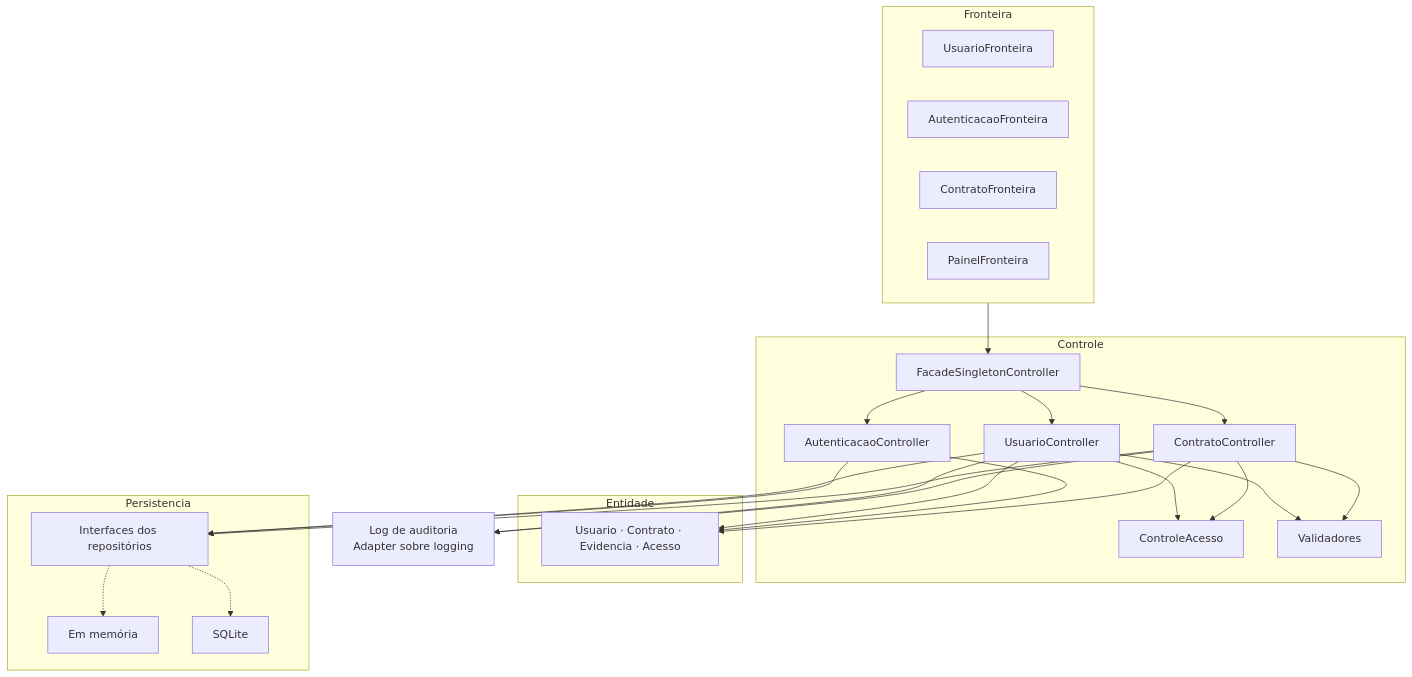
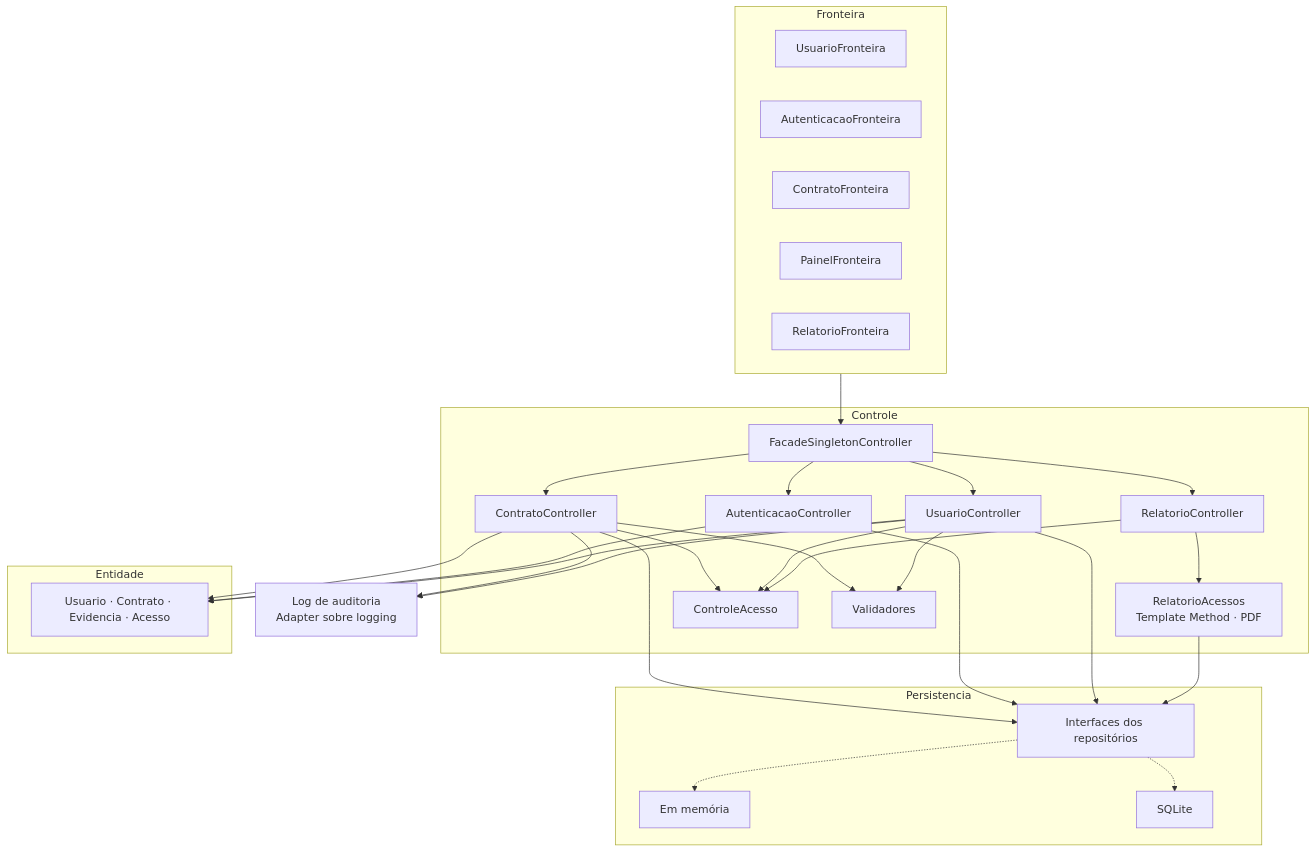
The first of 2 diagrams in docs/07-arquitetura/README.md (bruvaloes/audita), drawn with Mermaid before and after one commit. The commit also changed other lines of this file and 1 other file, not shown here.

First line of the commit message:
docs(projeto): registrar o Template Method do relatório de acessos

````diff
--- a/docs/07-arquitetura/README.md
+++ b/docs/07-arquitetura/README.md
@@ -7,36 +7,41 @@
 ```mermaid
 flowchart TB
     subgraph Fronteira
         UF[UsuarioFronteira]
         AF[AutenticacaoFronteira]
         CF[ContratoFronteira]
         PF[PainelFronteira]
+        RF[RelatorioFronteira]
     end
     subgraph Controle
         FA[FacadeSingletonController]
         UC[UsuarioController]
         AC[AutenticacaoController]
         CC[ContratoController]
+        RC[RelatorioController]
+        RA[RelatorioAcessos<br/>Template Method · PDF]
         CA[ControleAcesso]
         VA[Validadores]
     end
     subgraph Entidade
         EN[Usuario · Contrato · Evidencia · Acesso]
     end
     subgraph Persistencia
         RI[Interfaces dos repositórios]
         RM[Em memória]
         RS[SQLite]
     end
     LOG[Log de auditoria<br/>Adapter sobre logging]
 
     Fronteira --> FA
-    FA --> UC & AC & CC
+    FA --> UC & AC & CC & RC
+    RC --> CA & RA
+    RA --> RI
     UC & CC --> VA
     UC & CC --> CA
     UC & AC & CC --> RI
     UC & CC --> LOG
     UC & AC & CC --> EN
     RI -.-> RM
     RI -.-> RS
 ```
````
